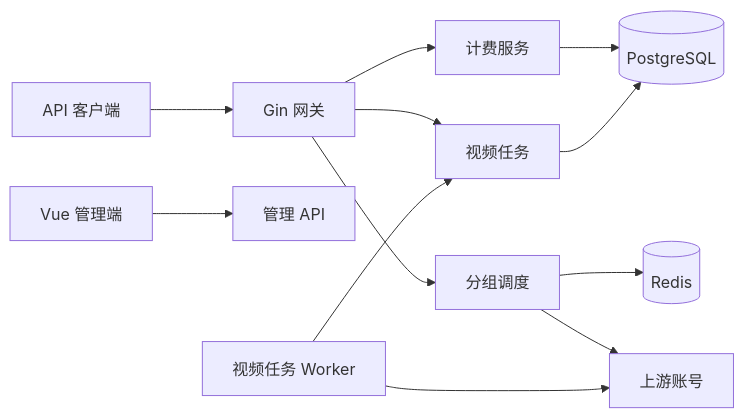
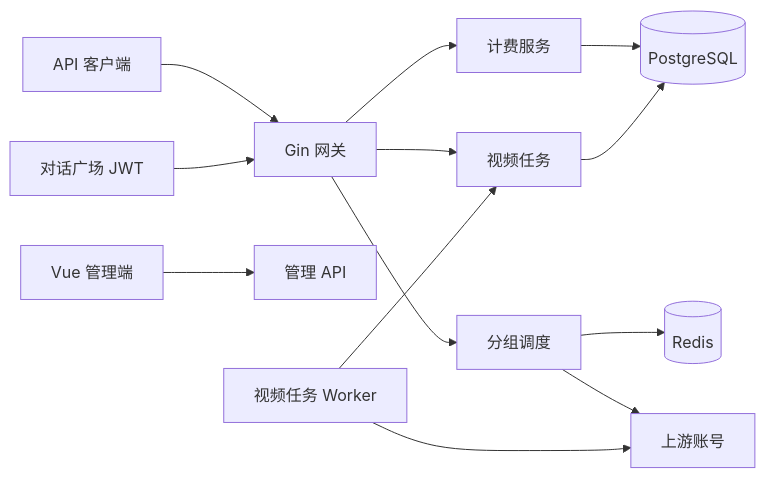
One commit to VCnoC/sub2api changed the diagram in helloagents/wiki/arch.md. Above: the diagram before and after it, drawn with Mermaid. The commit also changed other lines of this file and 37 other files, not shown here.

````diff
--- a/helloagents/wiki/arch.md
+++ b/helloagents/wiki/arch.md
@@ -5,14 +5,15 @@
 ```mermaid
 flowchart LR
     Client[API 客户端] --> Gateway[Gin 网关]
+    Playground[对话广场 JWT] --> Gateway
     Admin[Vue 管理端] --> AdminAPI[管理 API]
     Gateway --> Scheduler[分组调度]
     Scheduler --> Account[上游账号]
     Gateway --> Billing[计费服务]
     Billing --> PG[(PostgreSQL)]
     Gateway --> VideoTask[视频任务]
     VideoTask --> PG
     Worker[视频任务 Worker] --> VideoTask
     Worker --> Account
     Scheduler --> Redis[(Redis)]
 ```
````
